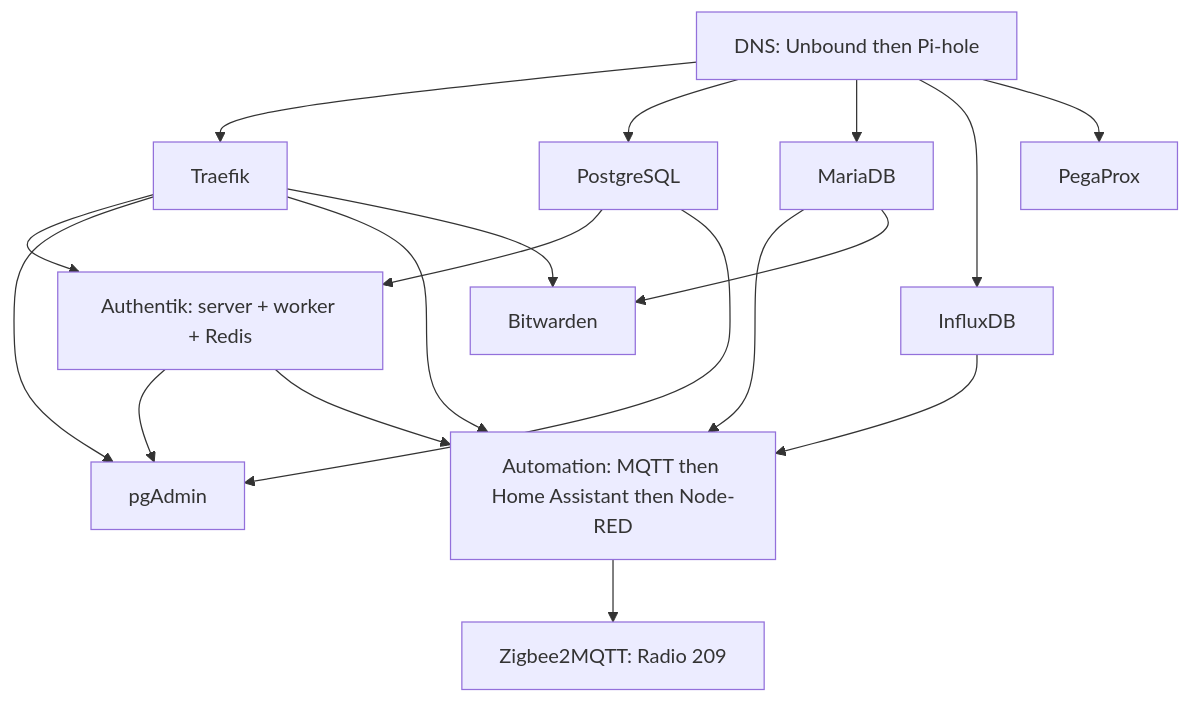
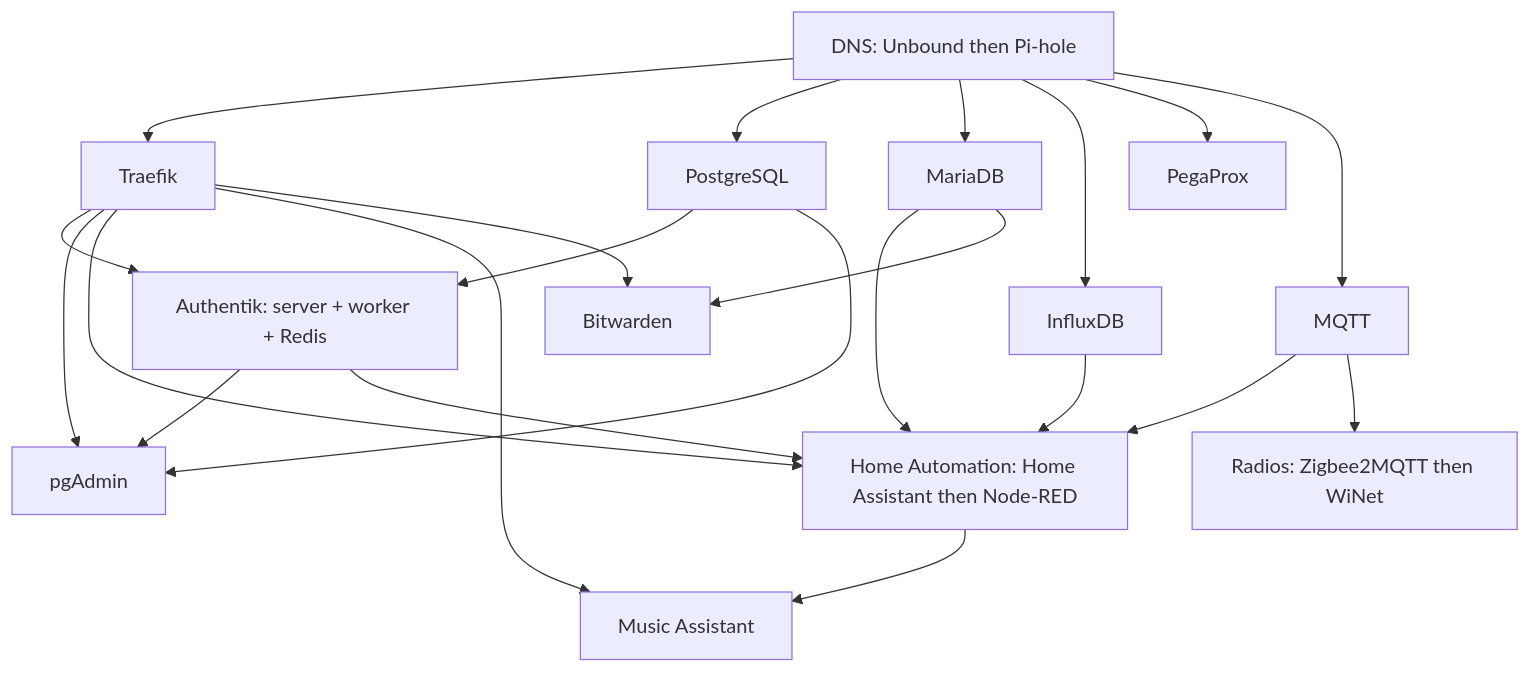
Before and after one commit to theaussiepom/homelab-stack: the diagram in README.md, drawn with Mermaid. The commit also changed other lines of this file and 37 other files, not shown here.

Commit message:
Compose Radios, Music Assistant and a dedicated MQTT guest

````diff
--- a/README.md
+++ b/README.md
@@ -12,20 +12,24 @@
 ```mermaid
 flowchart TD
   DNS[DNS: Unbound then Pi-hole] --> Ingress[Traefik]
   DNS --> PG[PostgreSQL]
   DNS --> Maria[MariaDB]
   DNS --> Influx[InfluxDB]
   DNS --> Pega[PegaProx]
   PG --> Auth[Authentik: server + worker + Redis]
   Ingress --> Auth
   PG --> Admin[pgAdmin]
   Auth --> Admin
   Ingress --> Admin
-  Ingress --> Auto[Automation: MQTT then Home Assistant then Node-RED]
+  DNS --> Broker[MQTT]
+  Ingress --> Auto[Home Automation: Home Assistant then Node-RED]
+  Broker --> Auto
   Auth --> Auto
   Maria --> Auto
   Influx --> Auto
-  Auto --> Radio[Zigbee2MQTT: Radio 209]
+  Broker --> Radio[Radios: Zigbee2MQTT then WiNet]
+  Auto --> Music[Music Assistant]
+  Ingress --> Music
   Maria --> Vault[Bitwarden]
   Ingress --> Vault
 ```
````
